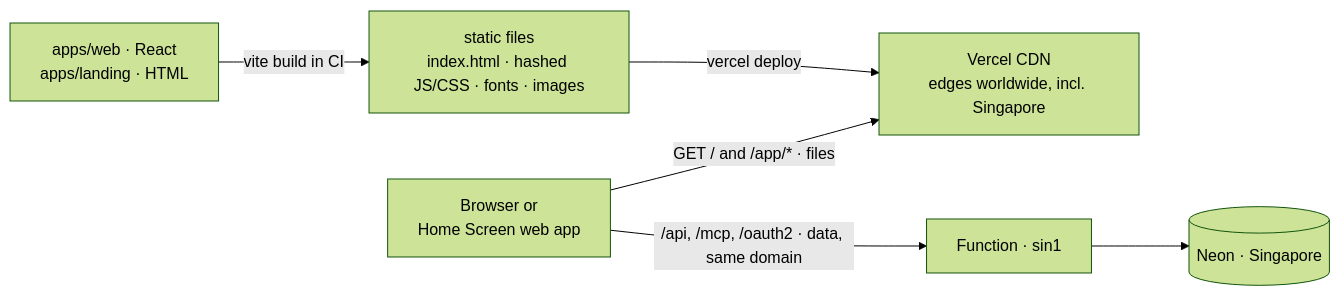
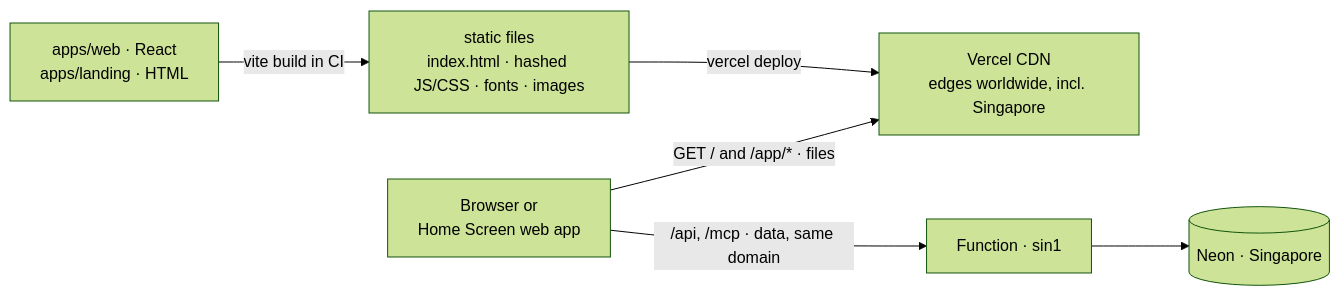
The third of 3 diagrams in docs/03-architecture.md (terrence0488/netnet), drawn with Mermaid (forest theme) before and after one commit. The commit also changed other lines of this file and 17 other files, not shown here.

````diff
--- a/docs/03-architecture.md
+++ b/docs/03-architecture.md
@@ -214,8 +217,8 @@
 ```mermaid
 flowchart LR
   SRC[apps/web · React<br/>apps/landing · HTML] -->|vite build in CI| DIST[static files<br/>index.html · hashed JS/CSS · fonts · images]
   DIST -->|vercel deploy| CDN[Vercel CDN<br/>edges worldwide, incl. Singapore]
   B[Browser or<br/>Home Screen web app] -->|"GET / and /app/* · files"| CDN
-  B -->|"/api, /mcp, /oauth2 · data, same domain"| FN[Function · sin1]
+  B -->|"/api, /mcp · data, same domain"| FN[Function · sin1]
   FN --> DB[(Neon · Singapore)]
 ```
````
